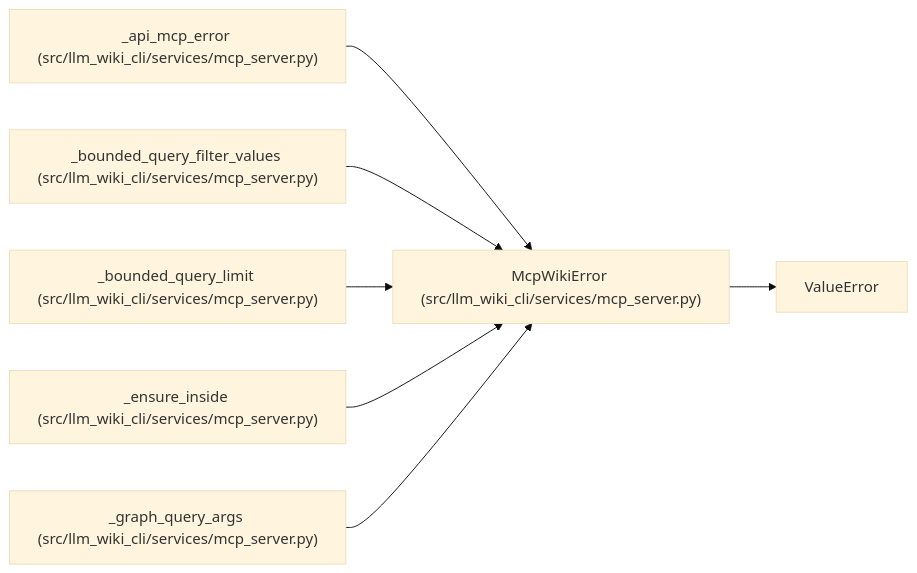
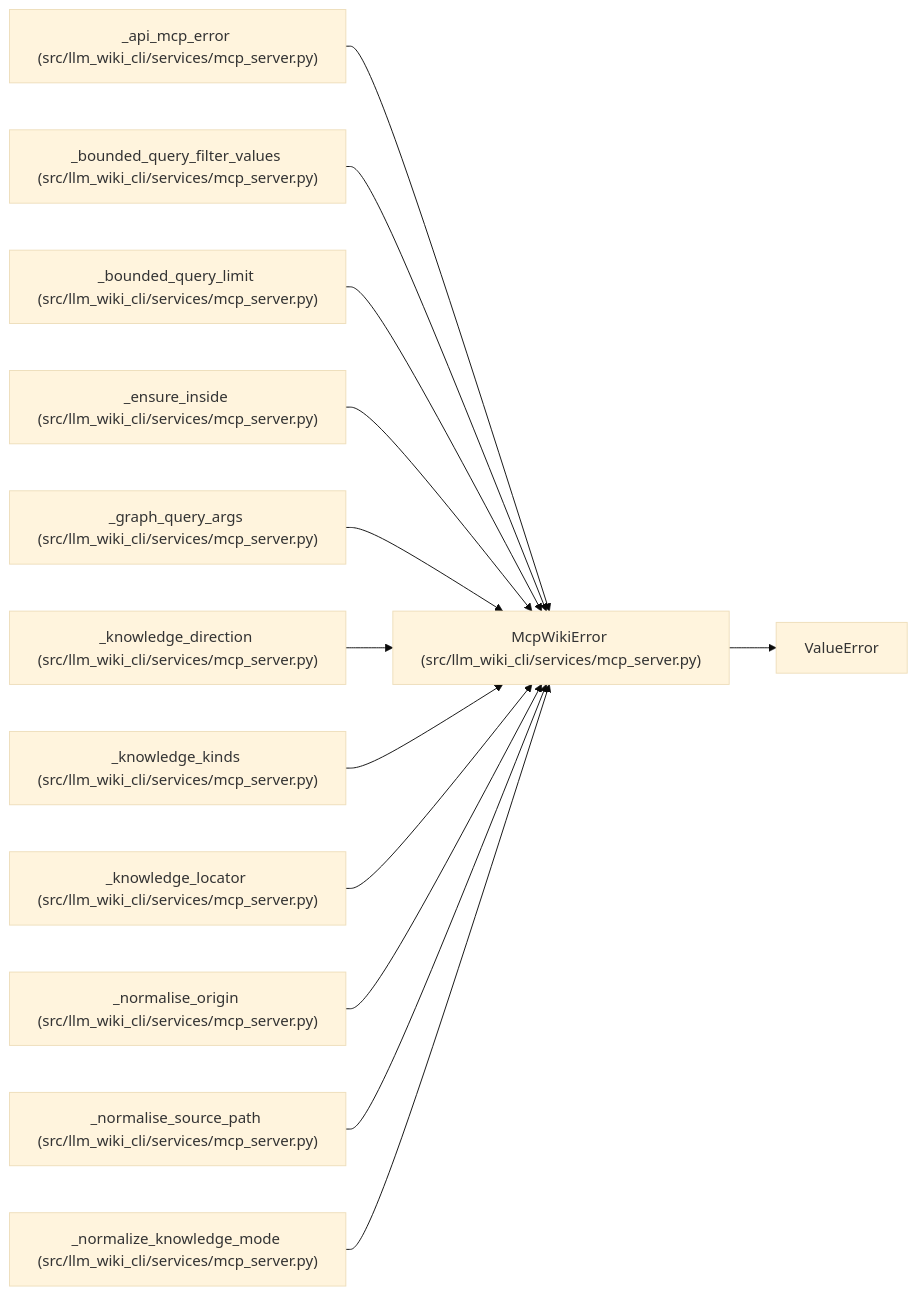
The diagram in docs/llm_wiki/entities/McpWikiError.md (Denissvgn/python-wiki-llm), drawn with Mermaid (base theme) before and after one commit. The commit also changed other lines of this file and 493 other files, not shown here.

````diff
--- a/docs/llm_wiki/entities/McpWikiError.md
+++ b/docs/llm_wiki/entities/McpWikiError.md
@@ -25,22 +25,40 @@
 ```mermaid
 flowchart LR
     n0["McpWikiError (src/llm_wiki_cli/services/mcp_server.py)"]
     n1["ValueError"]
     n2["_api_mcp_error (src/llm_wiki_cli/services/mcp_server.py)"]
     n3["_bounded_query_filter_values (src/llm_wiki_cli/services/mcp_server.py)"]
     n4["_bounded_query_limit (src/llm_wiki_cli/services/mcp_server.py)"]
     n5["_ensure_inside (src/llm_wiki_cli/services/mcp_server.py)"]
     n6["_graph_query_args (src/llm_wiki_cli/services/mcp_server.py)"]
+    n7["_knowledge_direction (src/llm_wiki_cli/services/mcp_server.py)"]
+    n8["_knowledge_kinds (src/llm_wiki_cli/services/mcp_server.py)"]
+    n9["_knowledge_locator (src/llm_wiki_cli/services/mcp_server.py)"]
+    n10["_normalise_origin (src/llm_wiki_cli/services/mcp_server.py)"]
+    n11["_normalise_source_path (src/llm_wiki_cli/services/mcp_server.py)"]
+    n12["_normalize_knowledge_mode (src/llm_wiki_cli/services/mcp_server.py)"]
     n0 --> n1
     n2 --> n0
     n3 --> n0
     n4 --> n0
     n5 --> n0
     n6 --> n0
+    n7 --> n0
+    n8 --> n0
+    n9 --> n0
+    n10 --> n0
+    n11 --> n0
+    n12 --> n0
     click n0 "../modules/mcp_server.md"
     click n2 "../modules/mcp_server.md"
     click n3 "../modules/mcp_server.md"
     click n4 "../modules/mcp_server.md"
     click n5 "../modules/mcp_server.md"
     click n6 "../modules/mcp_server.md"
+    click n7 "../modules/mcp_server.md"
+    click n8 "../modules/mcp_server.md"
+    click n9 "../modules/mcp_server.md"
+    click n10 "../modules/mcp_server.md"
+    click n11 "../modules/mcp_server.md"
+    click n12 "../modules/mcp_server.md"
 ```
````
